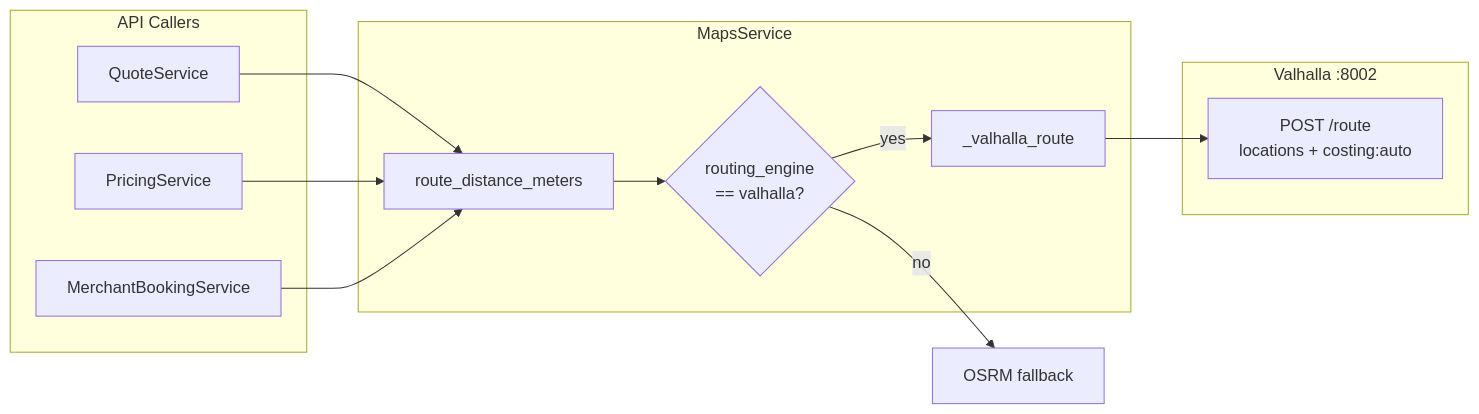
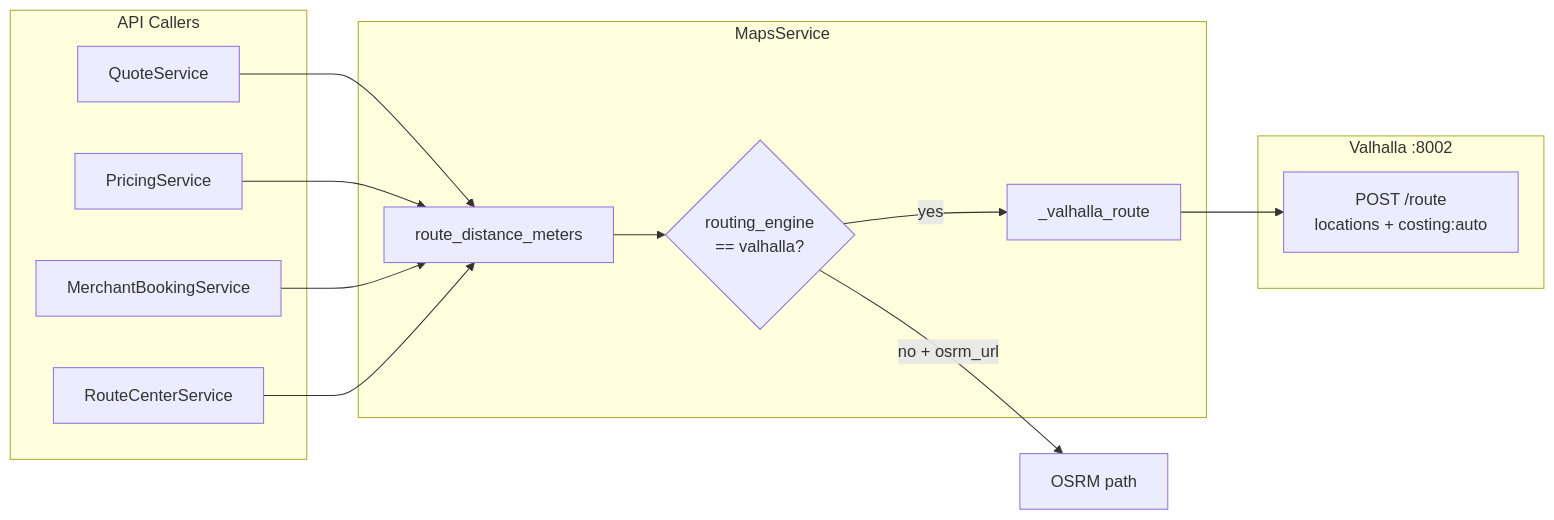
Before and after one commit to PORTERCHAIN-INC/PCD: the diagram in docs/architecture/VALHALLA_FLOW.md, drawn with Mermaid. The commit also changed other lines of this file and 453 other files, not shown here.

````diff
--- a/docs/architecture/VALHALLA_FLOW.md
+++ b/docs/architecture/VALHALLA_FLOW.md
@@ -36,24 +57,25 @@
 ```mermaid
 flowchart LR
   subgraph Callers["API Callers"]
     QS[QuoteService]
     PS[PricingService]
     MBS[MerchantBookingService]
+    RC[RouteCenterService]
   end
 
   subgraph MapsSvc["MapsService"]
     ENG{"routing_engine<br/>== valhalla?"}
     VR[_valhalla_route]
     RDM[route_distance_meters]
   end
 
   subgraph Valhalla["Valhalla :8002"]
     POST["POST /route<br/>locations + costing:auto"]
   end
 
-  QS & PS & MBS --> RDM
+  QS & PS & MBS & RC --> RDM
   RDM --> ENG
   ENG -->|yes| VR
   VR --> POST
-  ENG -->|no| OSRM[OSRM fallback]
+  ENG -->|no + osrm_url| OSRM[OSRM path]
 ```
````
